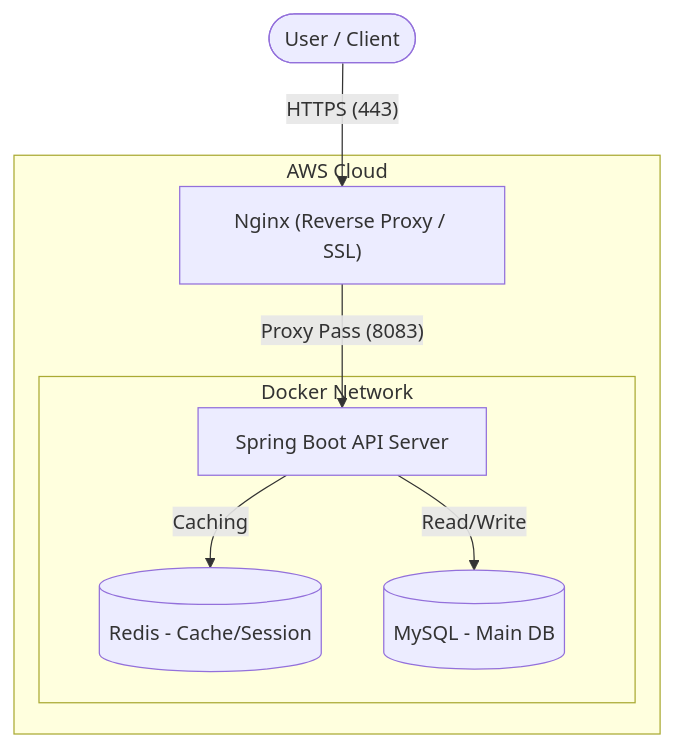
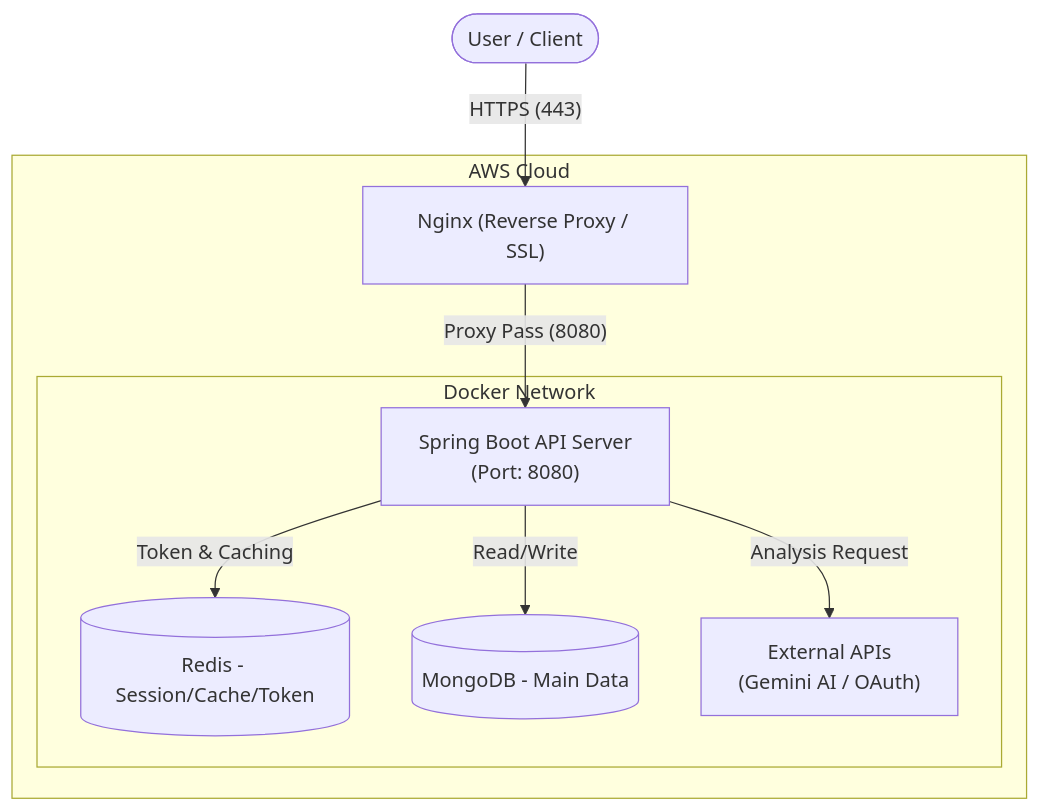
Before and after one commit to didim-log/didim-log-BE: the diagram in README.md, drawn with Mermaid. The commit also changed other lines of this file, not shown here.

````diff
--- a/README.md
+++ b/README.md
@@ -39,19 +40,22 @@
 ```mermaid
 graph TD
     User([User / Client])
     
     subgraph AWS Cloud
         LB["Nginx (Reverse Proxy / SSL)"]
         
         subgraph Docker Network
-            API["Spring Boot API Server"]
-            Redis[("Redis - Cache/Session")]
-            DB[("MySQL - Main DB")]
+            API["Spring Boot API Server<br/>(Port: 8080)"]
+            Redis[("Redis - Session/Cache/Token")]
+            DB[("MongoDB - Main Data")]
+            External["External APIs<br/>(Gemini AI / OAuth)"]
         end
     end
 
     User -- "HTTPS (443)" --> LB
-    LB -- "Proxy Pass (8083)" --> API
+    LB -- "Proxy Pass (8080)" --> API
     API -- "Read/Write" --> DB
-    API -- "Caching" --> Redis
+    API -- "Token & Caching" --> Redis
+    API -- "Analysis Request" --> External
+
 ```
````
